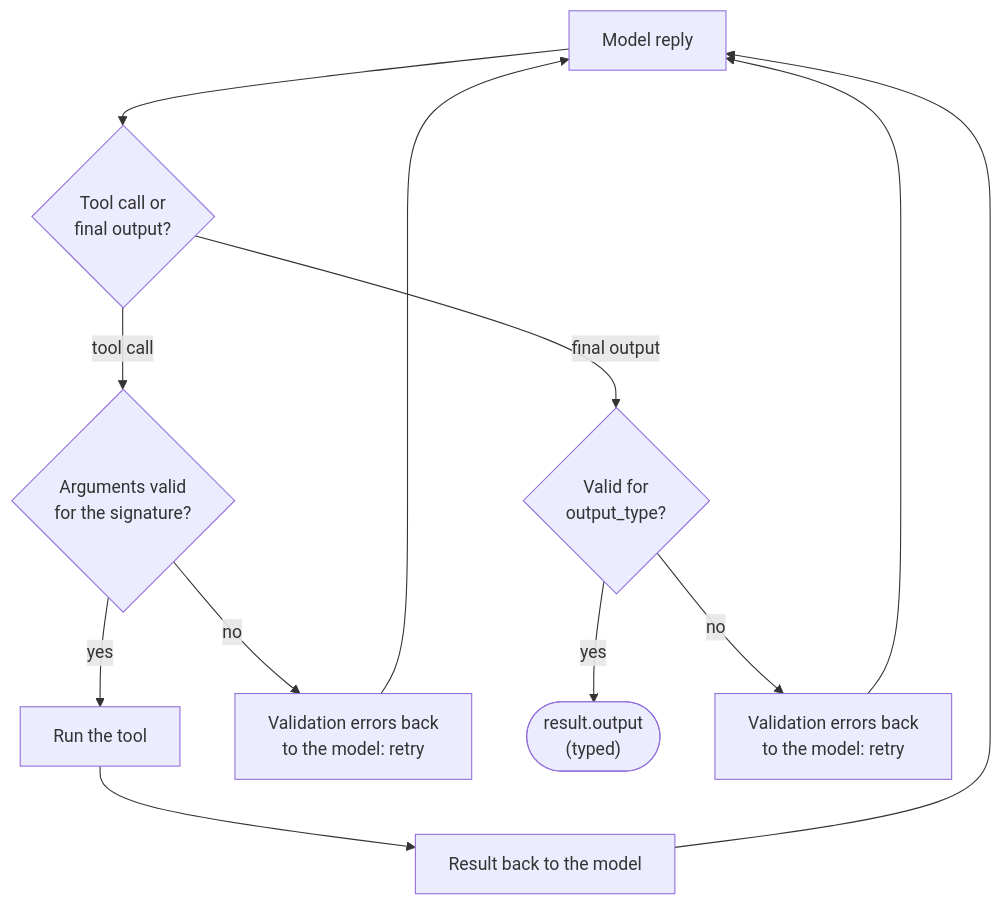
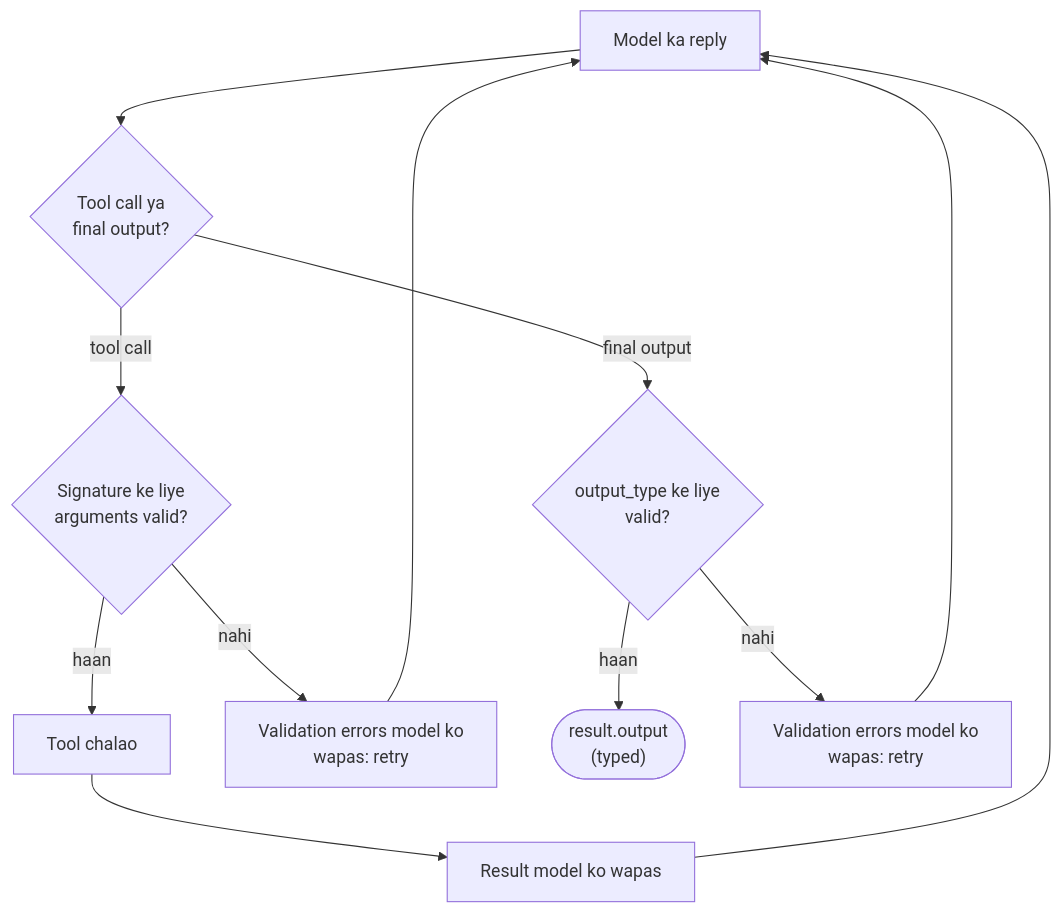
Before and after one commit to asmustechno/agentic-ai-notes: the diagram in docs/11-frameworks/11.8-pydantic-ai.md, drawn with Mermaid. The commit also changed other lines of this file and 135 other files, not shown here.

````diff
--- a/docs/11-frameworks/11.8-pydantic-ai.md
+++ b/docs/11-frameworks/11.8-pydantic-ai.md
@@ -47,13 +51,13 @@
 ```mermaid
 flowchart TD
-    M["Model reply"] --> K{"Tool call or<br/>final output?"}
-    K -->|"tool call"| V1{"Arguments valid<br/>for the signature?"}
-    V1 -->|yes| RUN["Run the tool"] --> BACK["Result back to the model"]
-    V1 -->|no| ERR1["Validation errors back<br/>to the model: retry"]
-    K -->|"final output"| V2{"Valid for<br/>output_type?"}
-    V2 -->|yes| OUT(["result.output<br/>(typed)"])
-    V2 -->|no| ERR2["Validation errors back<br/>to the model: retry"]
+    M["Model ka reply"] --> K{"Tool call ya<br/>final output?"}
+    K -->|"tool call"| V1{"Signature ke liye<br/>arguments valid?"}
+    V1 -->|haan| RUN["Tool chalao"] --> BACK["Result model ko wapas"]
+    V1 -->|nahi| ERR1["Validation errors model ko<br/>wapas: retry"]
+    K -->|"final output"| V2{"output_type ke liye<br/>valid?"}
+    V2 -->|haan| OUT(["result.output<br/>(typed)"])
+    V2 -->|nahi| ERR2["Validation errors model ko<br/>wapas: retry"]
     BACK --> M
     ERR1 --> M
     ERR2 --> M
 ```
````
